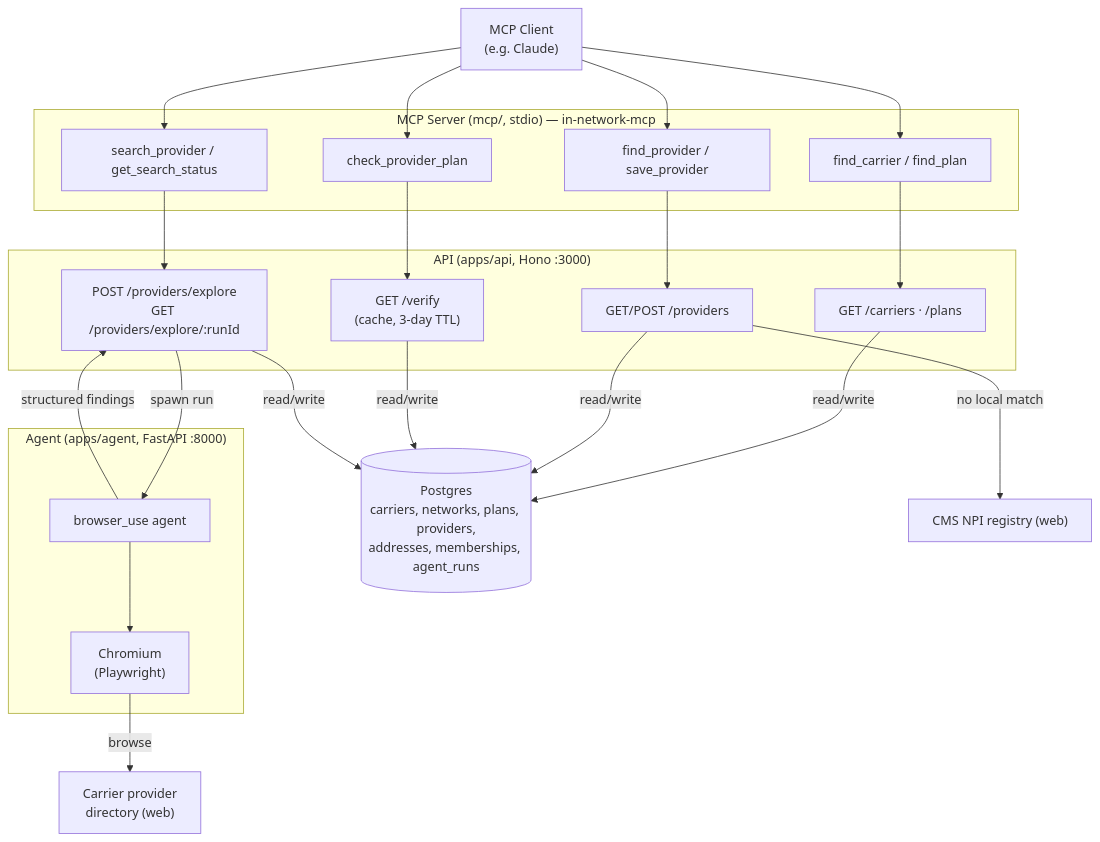
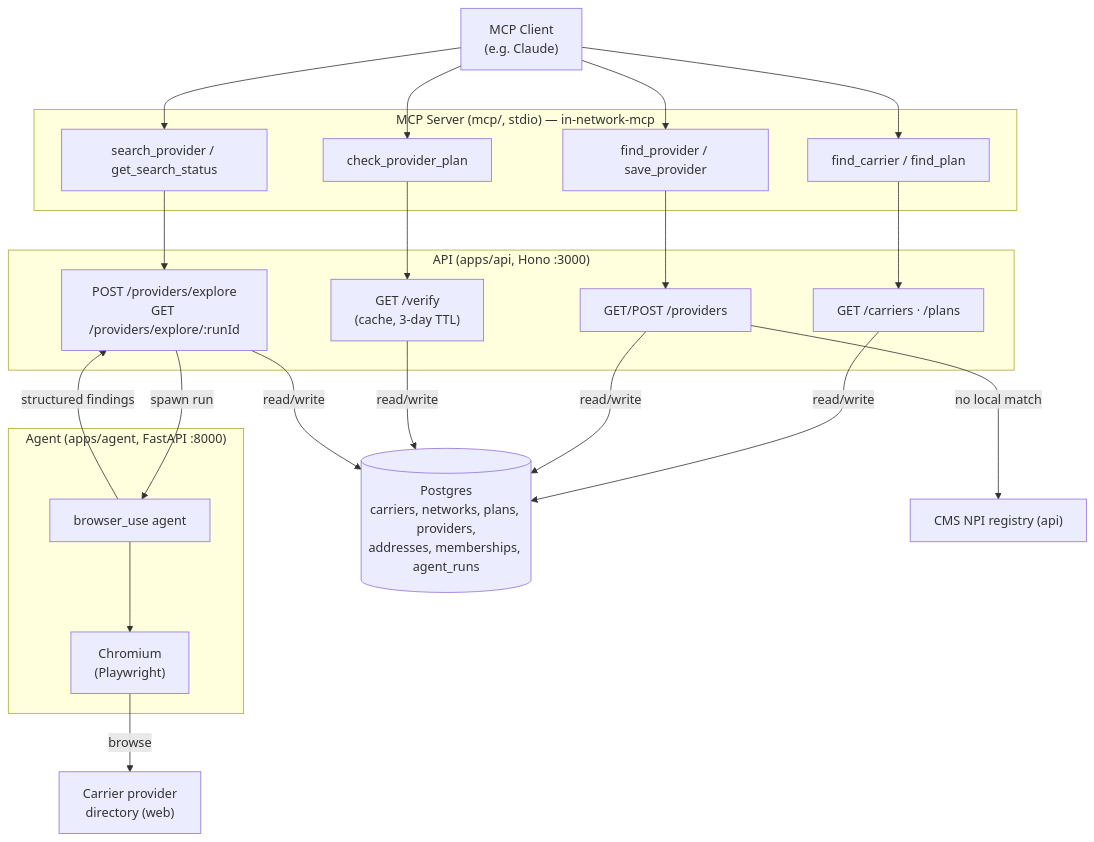
One commit to Kempo/in-network changed the diagram in README.md. Above: the diagram before and after it, drawn with Mermaid. The commit also changed other lines of this file and 2 other files, not shown here.

Commit message:
Adjust some prompts

````diff
--- a/README.md
+++ b/README.md
@@ -47,39 +47,39 @@
 ```mermaid
 flowchart TD
     client["MCP Client<br/>(e.g. Claude)"]
 
     subgraph mcp["MCP Server (mcp/, stdio) — in-network-mcp"]
         t1["find_carrier / find_plan"]
         t2["find_provider / save_provider"]
         t3["check_provider_plan"]
         t4["search_provider / get_search_status"]
     end
 
     subgraph api["API (apps/api, Hono :3000)"]
         r1["GET /carriers · /plans"]
         r2["GET/POST /providers"]
         r3["GET /verify<br/>(cache, 3-day TTL)"]
         r4["POST /providers/explore<br/>GET /providers/explore/:runId"]
     end
 
     subgraph agent["Agent (apps/agent, FastAPI :8000)"]
         bu["browser_use agent"]
         chromium["Chromium<br/>(Playwright)"]
     end
 
     db[("Postgres<br/>carriers, networks, plans, providers,<br/>addresses, memberships, agent_runs")]
-    npi["CMS NPI registry (web)"]
+    npi["CMS NPI registry (api)"]
     directory["Carrier provider<br/>directory (web)"]
 
     client --> t1 & t2 & t3 & t4
     t1 --> r1
     t2 --> r2
     t3 --> r3
     t4 --> r4
     r2 -->|no local match| npi
     r4 -->|spawn run| bu
     bu --> chromium
     chromium -->|browse| directory
     bu -->|structured findings| r4
     r1 & r2 & r3 & r4 -->|read/write| db
 ```
````
